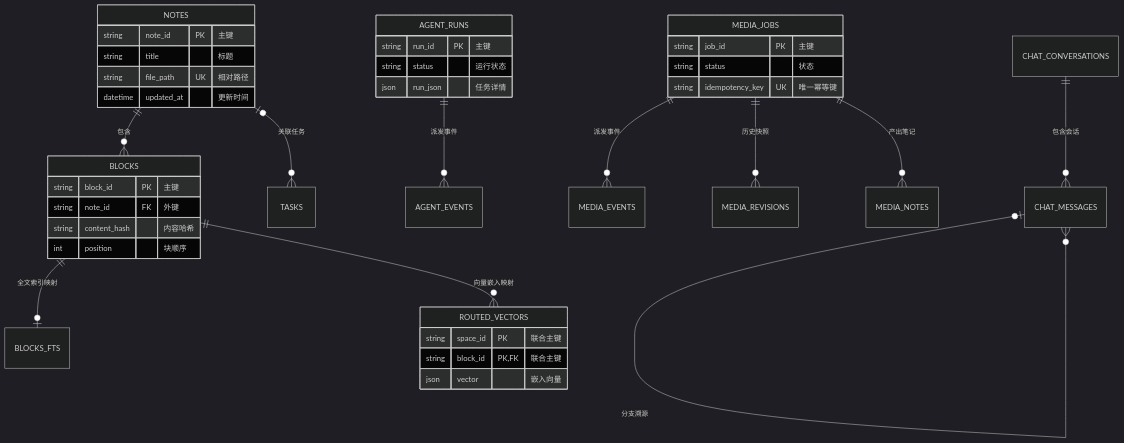
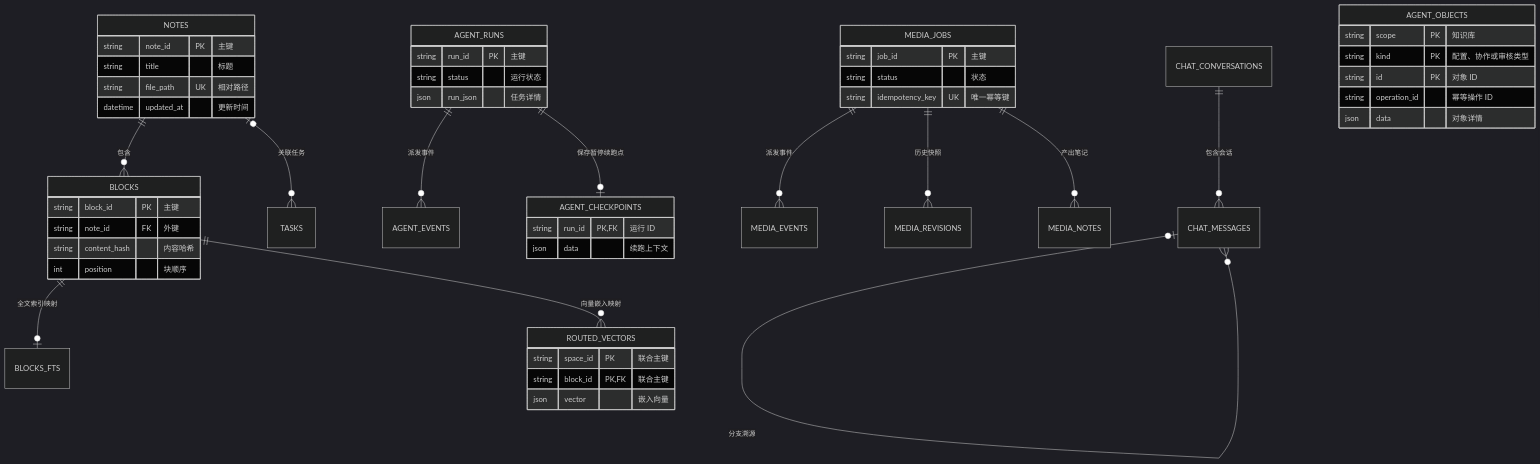
Before and after one commit to KiriAky107/OpenNexus: the fifth of 5 diagrams in README.zh-CN.md, drawn with Mermaid (dark theme). The commit also changed other lines of this file and 1 other file, not shown here.

````diff
--- a/README.zh-CN.md
+++ b/README.zh-CN.md
@@ -218,42 +222,54 @@
 ```mermaid
 erDiagram
     NOTES ||--o{ BLOCKS : "包含"
     BLOCKS ||--o| BLOCKS_FTS : "全文索引映射"
     BLOCKS ||--o{ ROUTED_VECTORS : "向量嵌入映射"
     NOTES o|--o{ TASKS : "关联任务"
     AGENT_RUNS ||--o{ AGENT_EVENTS : "派发事件"
+    AGENT_RUNS ||--o| AGENT_CHECKPOINTS : "保存暂停续跑点"
     MEDIA_JOBS ||--o{ MEDIA_EVENTS : "派发事件"
     MEDIA_JOBS ||--o{ MEDIA_REVISIONS : "历史快照"
     MEDIA_JOBS ||--o{ MEDIA_NOTES : "产出笔记"
     CHAT_CONVERSATIONS ||--o{ CHAT_MESSAGES : "包含会话"
     CHAT_MESSAGES o|--o{ CHAT_MESSAGES : "分支溯源"
 
     NOTES {
         string note_id PK "主键"
         string title "标题"
         string file_path UK "相对路径"
         datetime updated_at "更新时间"
     }
     BLOCKS {
         string block_id PK "主键"
         string note_id FK "外键"
         string content_hash "内容哈希"
         int position "块顺序"
     }
     ROUTED_VECTORS {
         string space_id PK "联合主键"
         string block_id PK,FK "联合主键"
         json vector "嵌入向量"
     }
     AGENT_RUNS {
         string run_id PK "主键"
         string status "运行状态"
         json run_json "任务详情"
     }
+    AGENT_OBJECTS {
+        string scope PK "知识库"
+        string kind PK "配置、协作或审核类型"
+        string id PK "对象 ID"
+        string operation_id "幂等操作 ID"
+        json data "对象详情"
+    }
+    AGENT_CHECKPOINTS {
+        string run_id PK,FK "运行 ID"
+        json data "续跑上下文"
+    }
     MEDIA_JOBS {
         string job_id PK "主键"
         string status "状态"
         string idempotency_key UK "唯一幂等键"
     }
 
 ```
````
